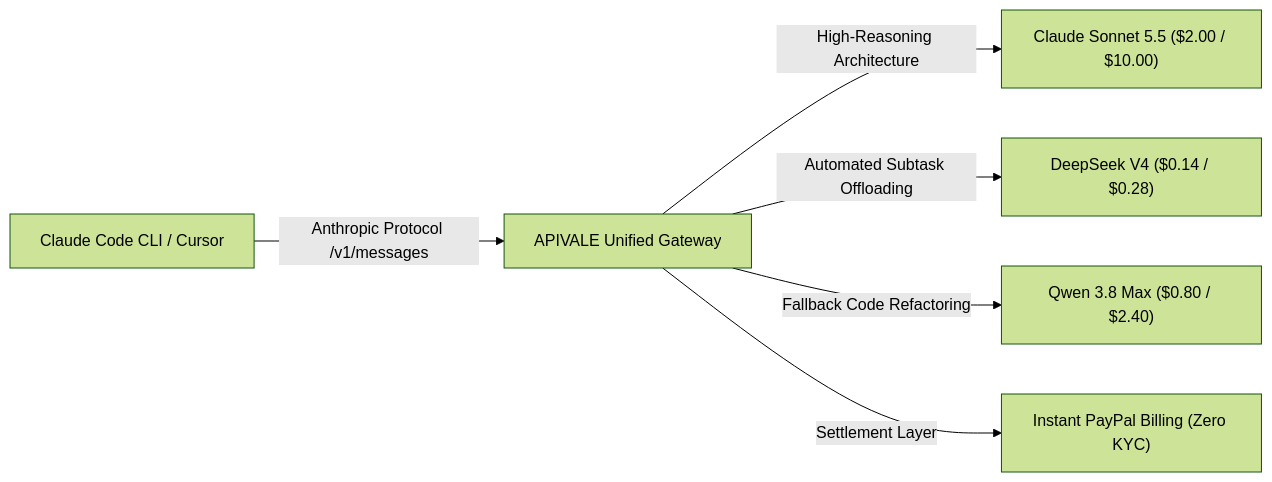
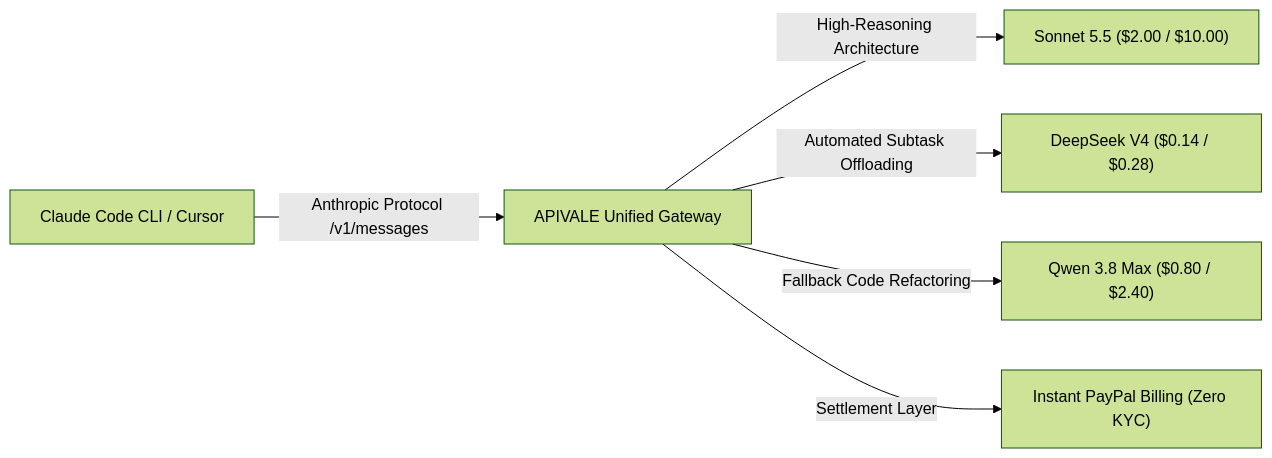
Before and after one commit to bshx2024/apivel_blog: the first of 2 diagrams in src/content/blog/claude-sonnet-5-5-api-pricing-claude-code-guide.md, drawn with Mermaid (forest theme). The commit also changed other lines of this file, not shown here.

Commit message:
perf(seo): resolve keyword mismatch, reduce ngram density and align title to Sonnet 5.5 API

````diff
--- a/src/content/blog/claude-sonnet-5-5-api-pricing-claude-code-guide.md
+++ b/src/content/blog/claude-sonnet-5-5-api-pricing-claude-code-guide.md
@@ -81,8 +81,8 @@
 ```mermaid
 graph LR
     A["Claude Code CLI / Cursor"] -->|Anthropic Protocol /v1/messages| B["APIVALE Unified Gateway"]
-    B -->|High-Reasoning Architecture| C["Claude Sonnet 5.5 ($2.00 / $10.00)"]
+    B -->|High-Reasoning Architecture| C["Sonnet 5.5 ($2.00 / $10.00)"]
     B -->|Automated Subtask Offloading| D["DeepSeek V4 ($0.14 / $0.28)"]
     B -->|Fallback Code Refactoring| E["Qwen 3.8 Max ($0.80 / $2.40)"]
     B -->|Settlement Layer| F["Instant PayPal Billing (Zero KYC)"]
 ```
````
